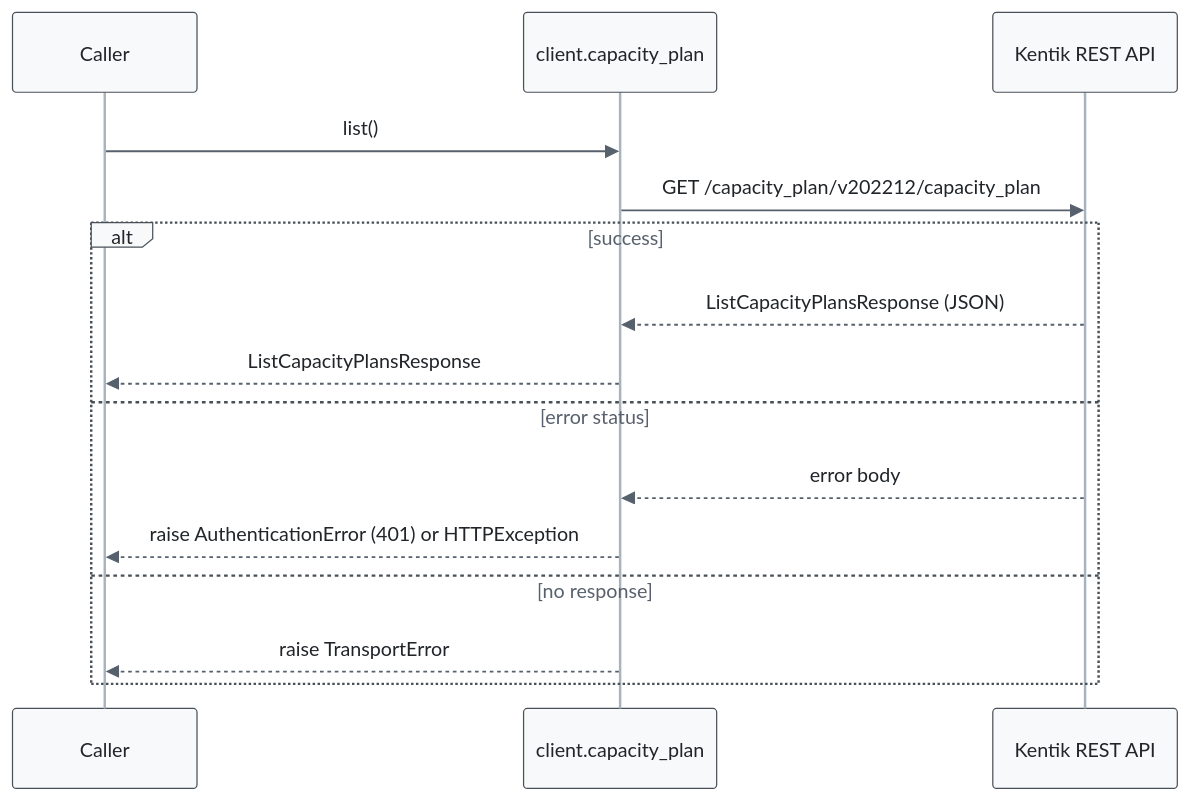
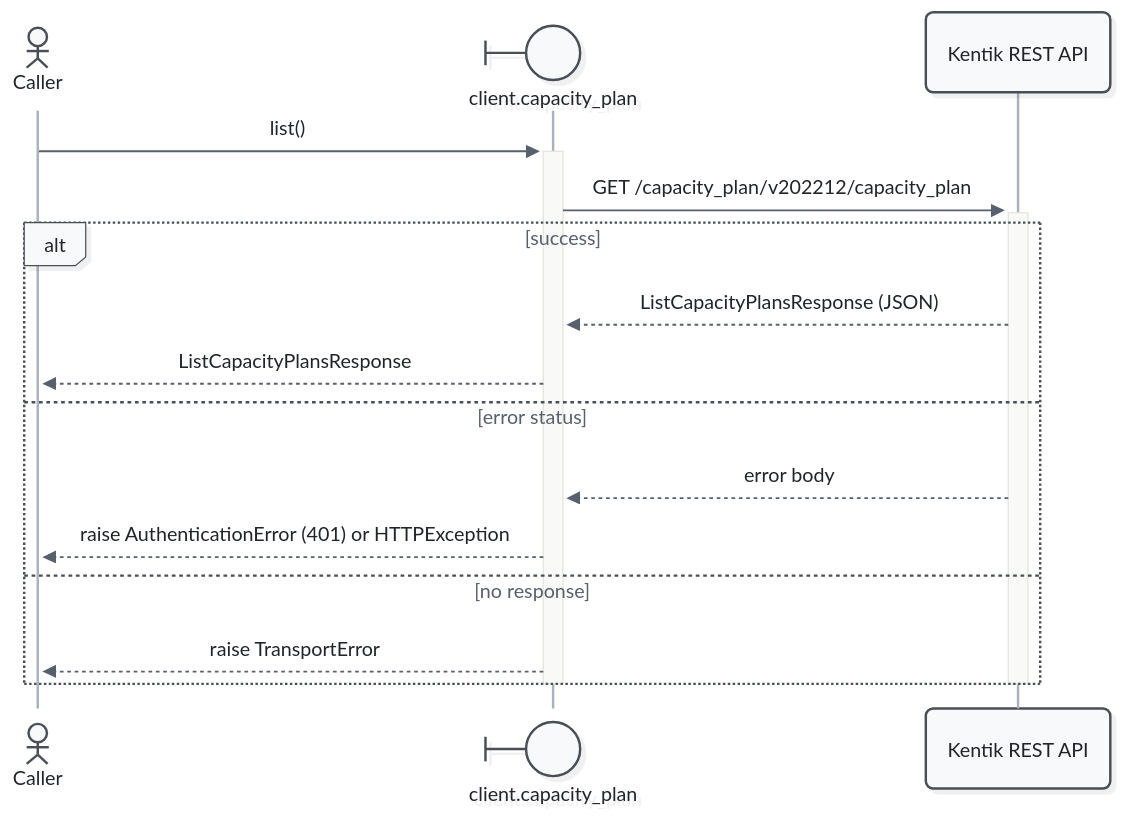
Before and after one commit to alexdearaujo/community_sdk_python: the first of 9 diagrams in docs/sphinx/services/capacity_plan.md, drawn with Mermaid. The commit also changed other lines of this file and 52 other files, not shown here.

First line of the commit message:
docs: Mermaid 12 sequence diagrams with participant types and path colors

````diff
--- a/docs/sphinx/services/capacity_plan.md
+++ b/docs/sphinx/services/capacity_plan.md
@@ -33,19 +33,21 @@
 ```mermaid
-%%{init: {"theme": "base", "fontFamily": "ui-monospace, SFMono-Regular, Menlo, monospace", "themeVariables": {"fontFamily": "ui-monospace, SFMono-Regular, Menlo, monospace", "primaryColor": "#f8f9fa", "primaryBorderColor": "#495057", "primaryTextColor": "#212529", "textColor": "#212529", "lineColor": "#77818c", "edgeLabelBackground": "#ffffff", "actorBkg": "#f8f9fa", "actorBorder": "#495057", "actorTextColor": "#212529", "actorLineColor": "#a9b3be", "signalColor": "#57616d", "signalTextColor": "#212529", "labelBoxBkgColor": "#f8f9fa", "labelBoxBorderColor": "#495057", "labelTextColor": "#212529", "loopTextColor": "#57616d", "noteBkgColor": "#fff9db", "noteBorderColor": "#f08c00", "noteTextColor": "#a35a00"}, "flowchart": {"curve": "step", "nodeSpacing": 30, "rankSpacing": 70, "wrappingWidth": 400}}}%%
+%%{init: {"theme": "redux", "look": "neo", "layout": "dagre", "fontFamily": "ui-monospace, SFMono-Regular, Menlo, monospace", "themeVariables": {"fontFamily": "ui-monospace, SFMono-Regular, Menlo, monospace", "primaryColor": "#f8f9fa", "primaryBorderColor": "#495057", "primaryTextColor": "#212529", "textColor": "#212529", "lineColor": "#77818c", "edgeLabelBackground": "#ffffff", "actorBkg": "#f8f9fa", "actorBorder": "#495057", "actorTextColor": "#212529", "actorLineColor": "#a9b3be", "signalColor": "#57616d", "signalTextColor": "#212529", "labelBoxBkgColor": "#f8f9fa", "labelBoxBorderColor": "#495057", "labelTextColor": "#212529", "loopTextColor": "#57616d", "noteBkgColor": "#fff9db", "noteBorderColor": "#f08c00", "noteTextColor": "#a35a00"}, "sequence": {"activationWidth": 16}, "flowchart": {"curve": "step", "nodeSpacing": 30, "rankSpacing": 70, "wrappingWidth": 400}}}%%
 sequenceDiagram
-    participant C as Caller
-    participant W as client.capacity_plan
+    actor C as Caller
+    participant W@{ "type": "boundary" } as client.capacity_plan
     participant API as Kentik REST API
 
-    C->>W: list()
-    W->>API: GET /capacity_plan/v202212/capacity_plan
+    C->>+W: list()
+    W->>+API: GET /capacity_plan/v202212/capacity_plan
     alt success
         API-->>W: ListCapacityPlansResponse (JSON)
         W-->>C: ListCapacityPlansResponse
     else error status
         API-->>W: error body
         W-->>C: raise AuthenticationError (401) or HTTPException
     else no response
         W-->>C: raise TransportError
     end
+    deactivate API
+    deactivate W
 ```
````
